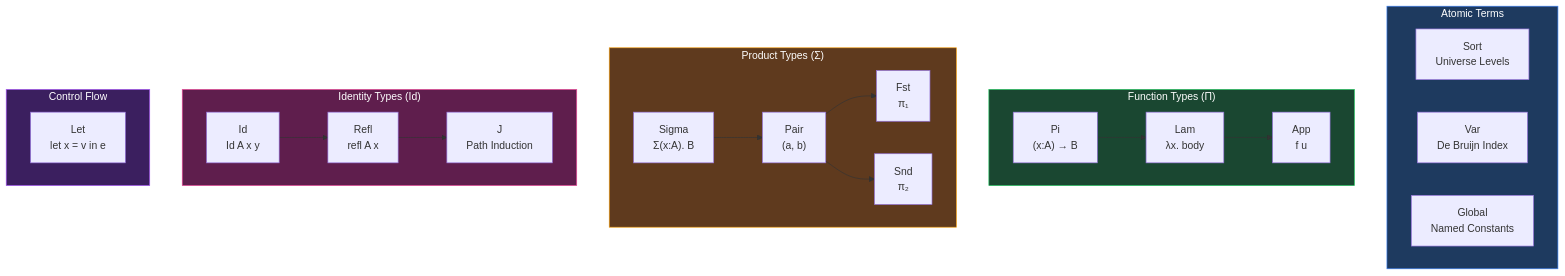
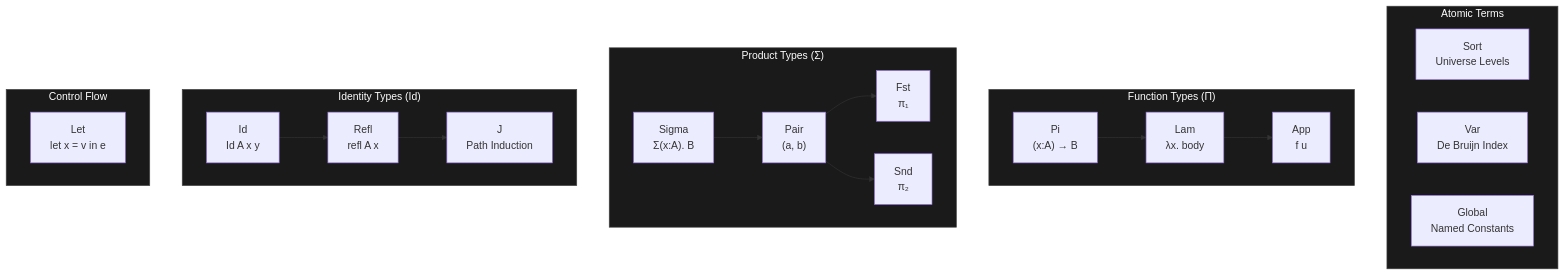
One commit to watchthelight/HypergraphGo changed the fifth of 23 diagrams in DIAGRAMS.md. Above: the diagram before and after it, drawn with Mermaid. The commit also changed other lines of this file, not shown here.

First line of the commit message:
docs(diagrams): use uniform dark color scheme

````diff
--- a/DIAGRAMS.md
+++ b/DIAGRAMS.md
@@ -660,45 +660,45 @@
 ```mermaid
 flowchart TB
     subgraph Atomic["Atomic Terms"]
         Sort["Sort<br/>Universe Levels"]
         Var["Var<br/>De Bruijn Index"]
         Global["Global<br/>Named Constants"]
     end
 
     subgraph Function["Function Types (Π)"]
         Pi["Pi<br/>(x:A) → B"]
         Lam["Lam<br/>λx. body"]
         App["App<br/>f u"]
     end
 
     subgraph Product["Product Types (Σ)"]
         Sigma["Sigma<br/>Σ(x:A). B"]
         Pair["Pair<br/>(a, b)"]
         Fst["Fst<br/>π₁"]
         Snd["Snd<br/>π₂"]
     end
 
     subgraph Identity["Identity Types (Id)"]
         Id["Id<br/>Id A x y"]
         Refl["Refl<br/>refl A x"]
         J["J<br/>Path Induction"]
     end
 
     subgraph Control["Control Flow"]
         Let["Let<br/>let x = v in e"]
     end
 
     Pi --> Lam
     Lam --> App
     Sigma --> Pair
     Pair --> Fst
     Pair --> Snd
     Id --> Refl
     Refl --> J
 
-    style Atomic fill:#1e3a5f,stroke:#3b82f6,color:#fff
-    style Function fill:#1a4731,stroke:#22c55e,color:#fff
-    style Product fill:#5f3a1e,stroke:#f59e0b,color:#fff
-    style Identity fill:#5f1e4d,stroke:#ec4899,color:#fff
-    style Control fill:#3b1f5f,stroke:#a855f7,color:#fff
+    style Atomic fill:#1a1a1a,stroke:#444,color:#fff
+    style Function fill:#1a1a1a,stroke:#444,color:#fff
+    style Product fill:#1a1a1a,stroke:#444,color:#fff
+    style Identity fill:#1a1a1a,stroke:#444,color:#fff
+    style Control fill:#1a1a1a,stroke:#444,color:#fff
 ```
````
